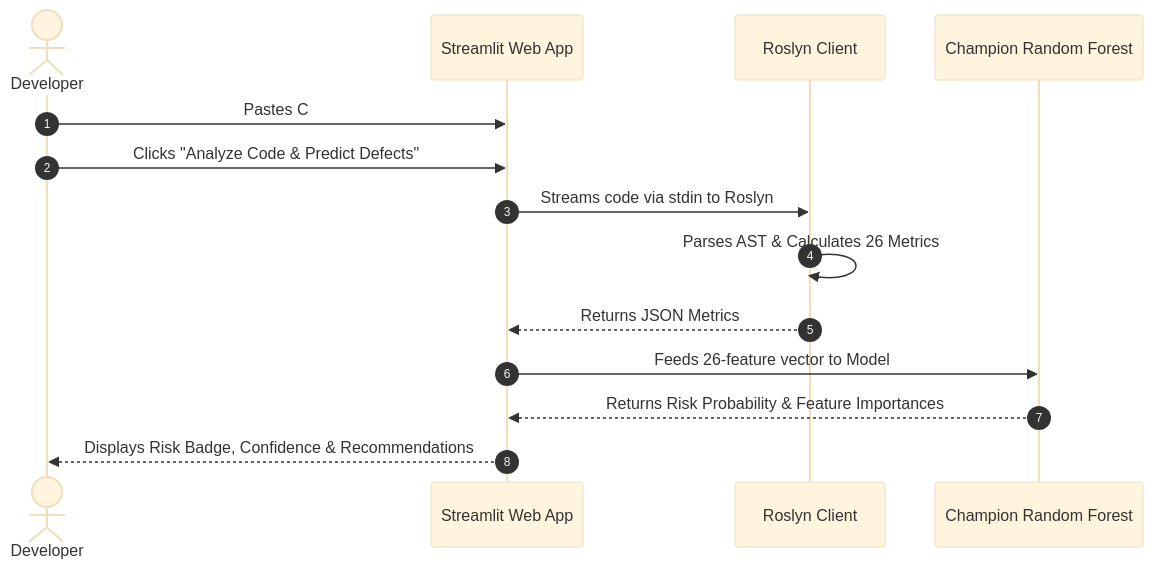
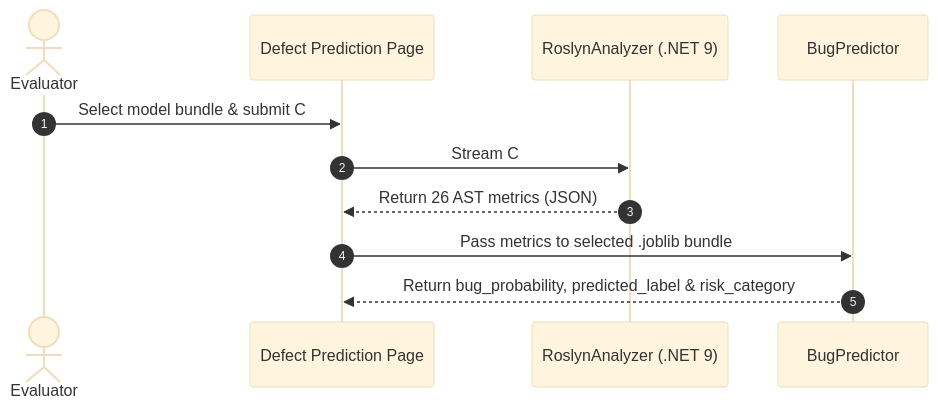
The diagram in Year2_Semester1_ComputationalIntelligenceSoftwareEngineering/CISE_Project2/6_Presentation/06_ApplicationDemo.md (BogdanCTU/Applied-Computational-Intelligence-UBB), drawn with Mermaid (base theme) before and after one commit. The commit also changed other lines of this file and 18 other files, not shown here.

````diff
--- a/Year2_Semester1_ComputationalIntelligenceSoftwareEngineering/CISE_Project2/6_Presentation/06_ApplicationDemo.md
+++ b/Year2_Semester1_ComputationalIntelligenceSoftwareEngineering/CISE_Project2/6_Presentation/06_ApplicationDemo.md
@@ -28,17 +39,14 @@
 ```mermaid
 sequenceDiagram
     autonumber
-    actor Dev as Developer
-    participant UI as Streamlit Web App
-    participant Bridge as Roslyn Client
-    participant ML as Champion Random Forest
+    actor User as Evaluator
+    participant UI as Defect Prediction Page
+    participant Roslyn as RoslynAnalyzer (.NET 9)
+    participant Pred as BugPredictor
 
-    Dev->>UI: Pastes C# Method into Editor
-    Dev->>UI: Clicks "Analyze Code & Predict Defects"
-    UI->>Bridge: Streams code via stdin to Roslyn
-    Bridge->>Bridge: Parses AST & Calculates 26 Metrics
-    Bridge-->>UI: Returns JSON Metrics
-    UI->>ML: Feeds 26-feature vector to Model
-    ML-->>UI: Returns Risk Probability & Feature Importances
-    UI-->>Dev: Displays Risk Badge, Confidence & Recommendations
+    User->>UI: Select model bundle & submit C# method
+    UI->>Roslyn: Stream C# source via stdin
+    Roslyn-->>UI: Return 26 AST metrics (JSON)
+    UI->>Pred: Pass metrics to selected .joblib bundle
+    Pred-->>UI: Return bug_probability, predicted_label & risk_category
 ```
````
